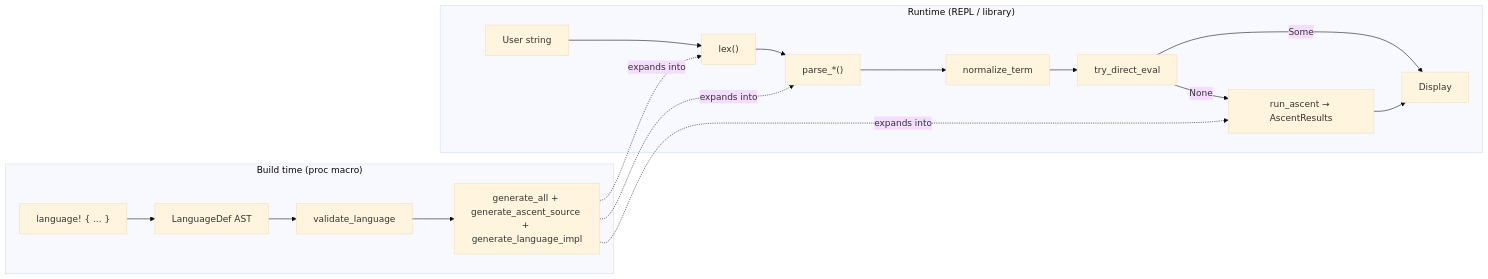
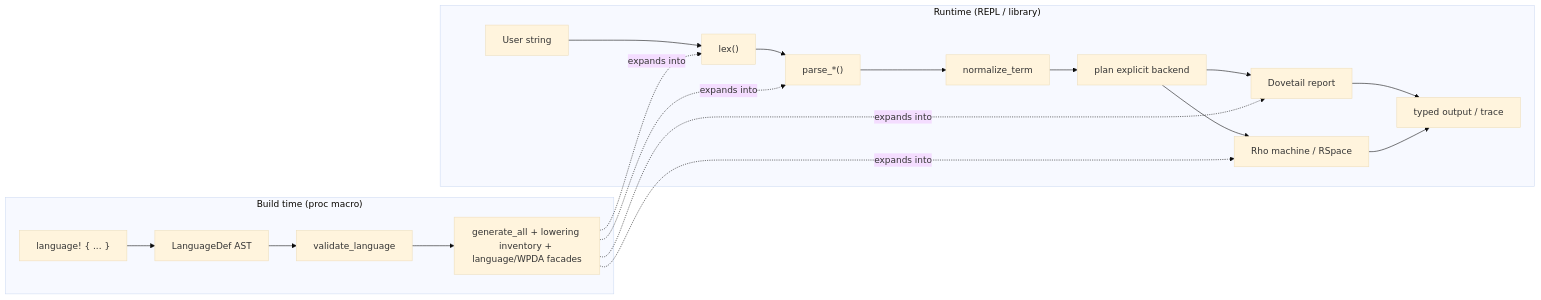
Before and after one commit to F1R3FLY-io/mettail-rust: the diagram in readme_dev.md, drawn with Mermaid (base theme). The commit also changed other lines of this file and 21 other files, not shown here.

````diff
--- a/readme_dev.md
+++ b/readme_dev.md
@@ -28,24 +28,26 @@
 ```mermaid
 flowchart LR
   subgraph build["Build time (proc macro)"]
     DSL["language! { ... }"]
     AST["LanguageDef AST"]
     VAL["validate_language"]
-    GEN["generate_all + generate_ascent_source + generate_language_impl"]
+    GEN["generate_all + lowering inventory + language/WPDA facades"]
     DSL --> AST --> VAL --> GEN
   end
   subgraph rt["Runtime (REPL / library)"]
     TXT["User string"]
     LEX["lex()"]
     PAR["parse_*()"]
     NORM["normalize_term"]
-    DEV["try_direct_eval"]
-    ASC["run_ascent → AscentResults"]
-    TXT --> LEX --> PAR --> NORM --> DEV
-    DEV -->|Some| OUT["Display"]
-    DEV -->|None| ASC --> OUT
+    PLAN["plan explicit backend"]
+    DOV["Dovetail report"]
+    RHO["Rho machine / RSpace"]
+    TXT --> LEX --> PAR --> NORM --> PLAN
+    PLAN --> DOV --> OUT["typed output / trace"]
+    PLAN --> RHO --> OUT
   end
   GEN -.->|expands into| LEX
   GEN -.->|expands into| PAR
-  GEN -.->|expands into| ASC
+  GEN -.->|expands into| DOV
+  GEN -.->|expands into| RHO
 ```
````
